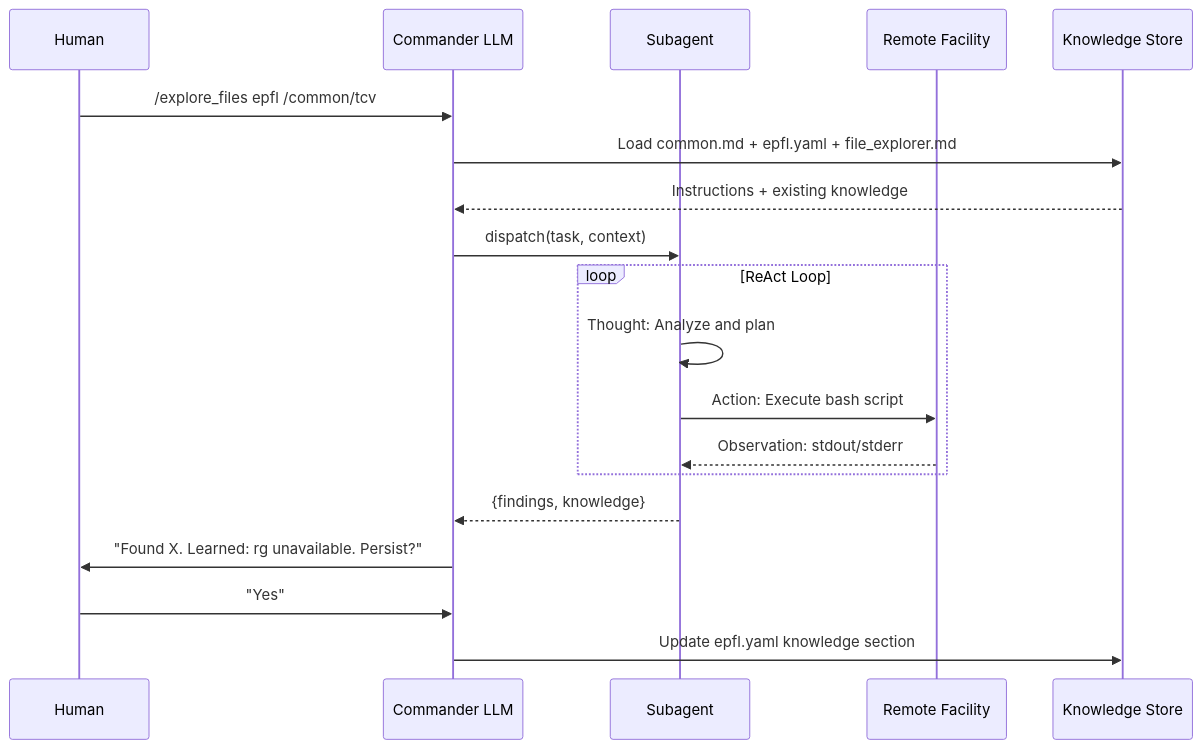
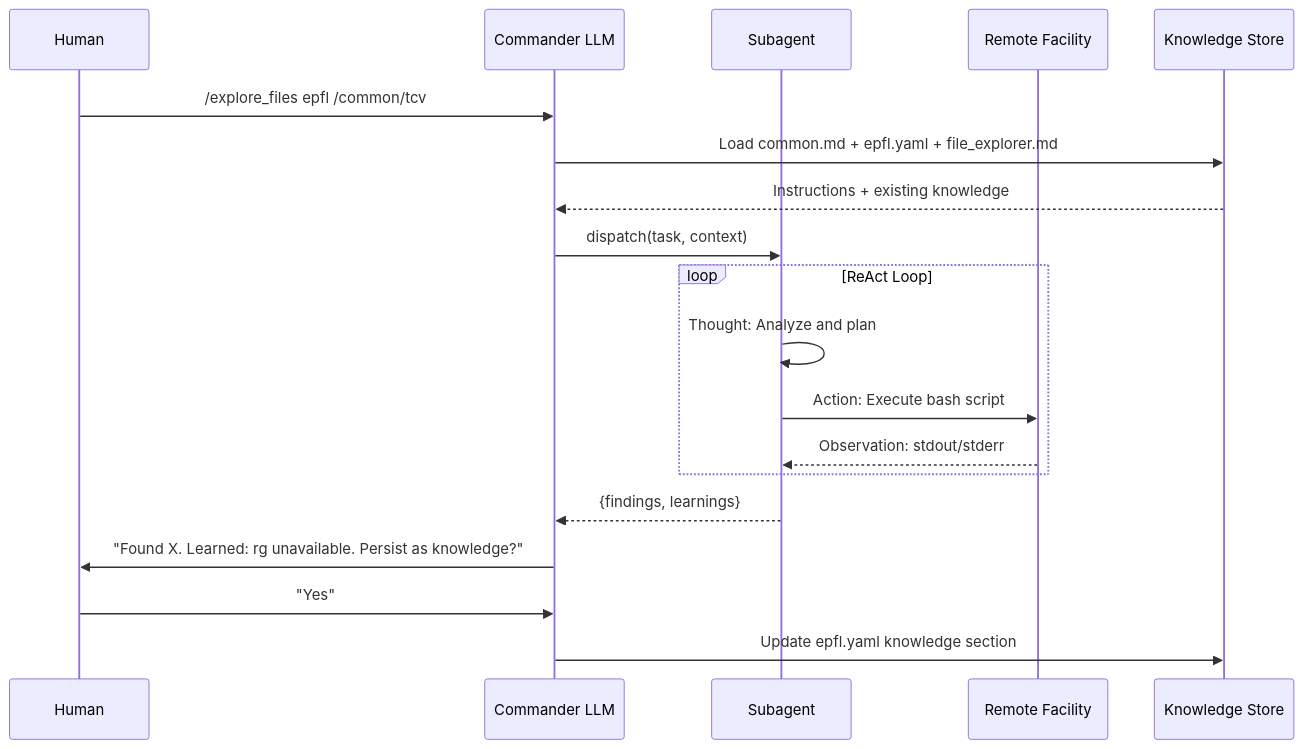
One commit to iterorganization/imas-mcp changed the second of 2 diagrams in plans/CODEX_PLAN.md. Above: the diagram before and after it, drawn with Mermaid. The commit also changed other lines of this file and 3 other files, not shown here.

First line of the commit message:
refactor: rename knowledge to learnings in subagent results

````diff
--- a/plans/CODEX_PLAN.md
+++ b/plans/CODEX_PLAN.md
@@ -100,24 +100,24 @@
 ```mermaid
 sequenceDiagram
     participant H as Human
     participant C as Commander LLM
     participant A as Subagent
     participant R as Remote Facility
     participant K as Knowledge Store
 
     H->>C: /explore_files epfl /common/tcv
     C->>K: Load common.md + epfl.yaml + file_explorer.md
     K-->>C: Instructions + existing knowledge
     C->>A: dispatch(task, context)
     
     loop ReAct Loop
         A->>A: Thought: Analyze and plan
         A->>R: Action: Execute bash script
         R-->>A: Observation: stdout/stderr
     end
     
-    A-->>C: {findings, knowledge}
-    C->>H: "Found X. Learned: rg unavailable. Persist?"
+    A-->>C: {findings, learnings}
+    C->>H: "Found X. Learned: rg unavailable. Persist as knowledge?"
     H->>C: "Yes"
     C->>K: Update epfl.yaml knowledge section
 ```
````
